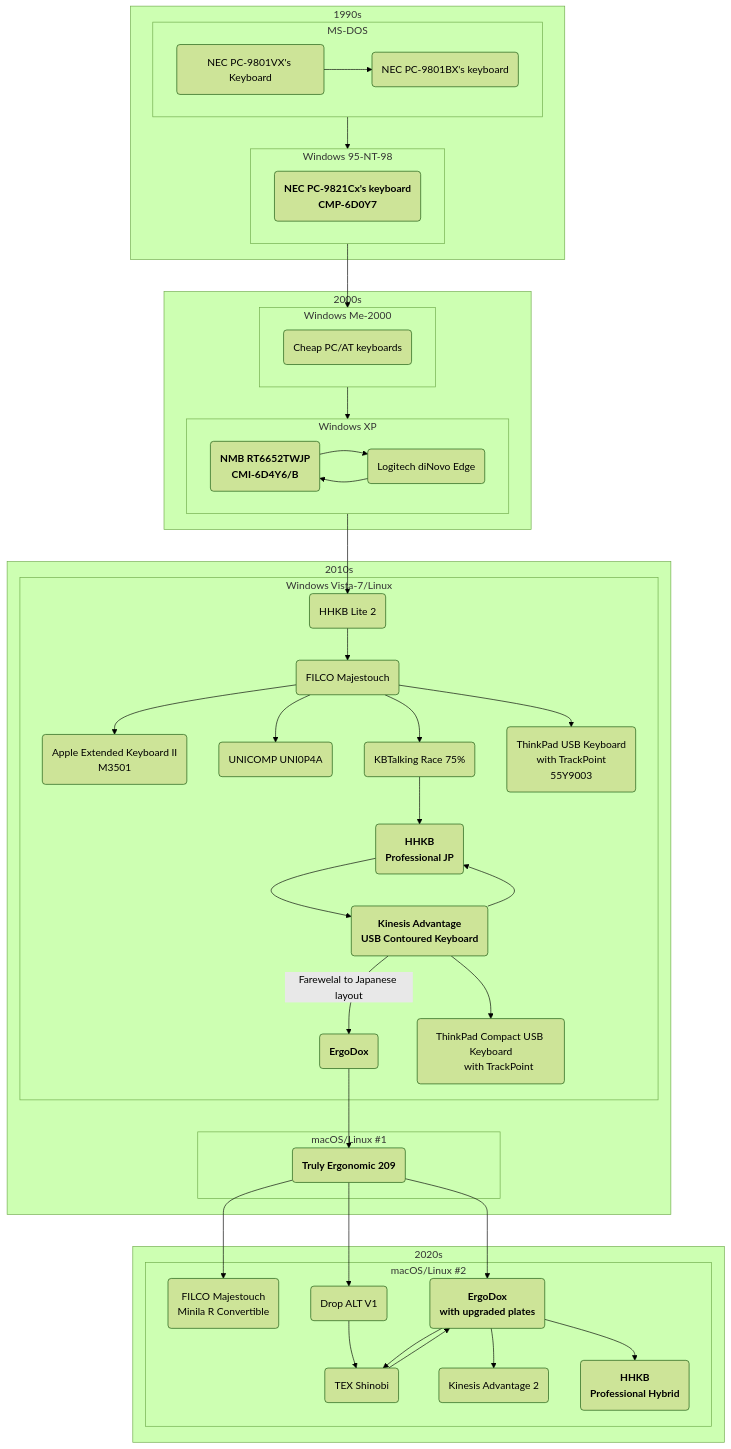
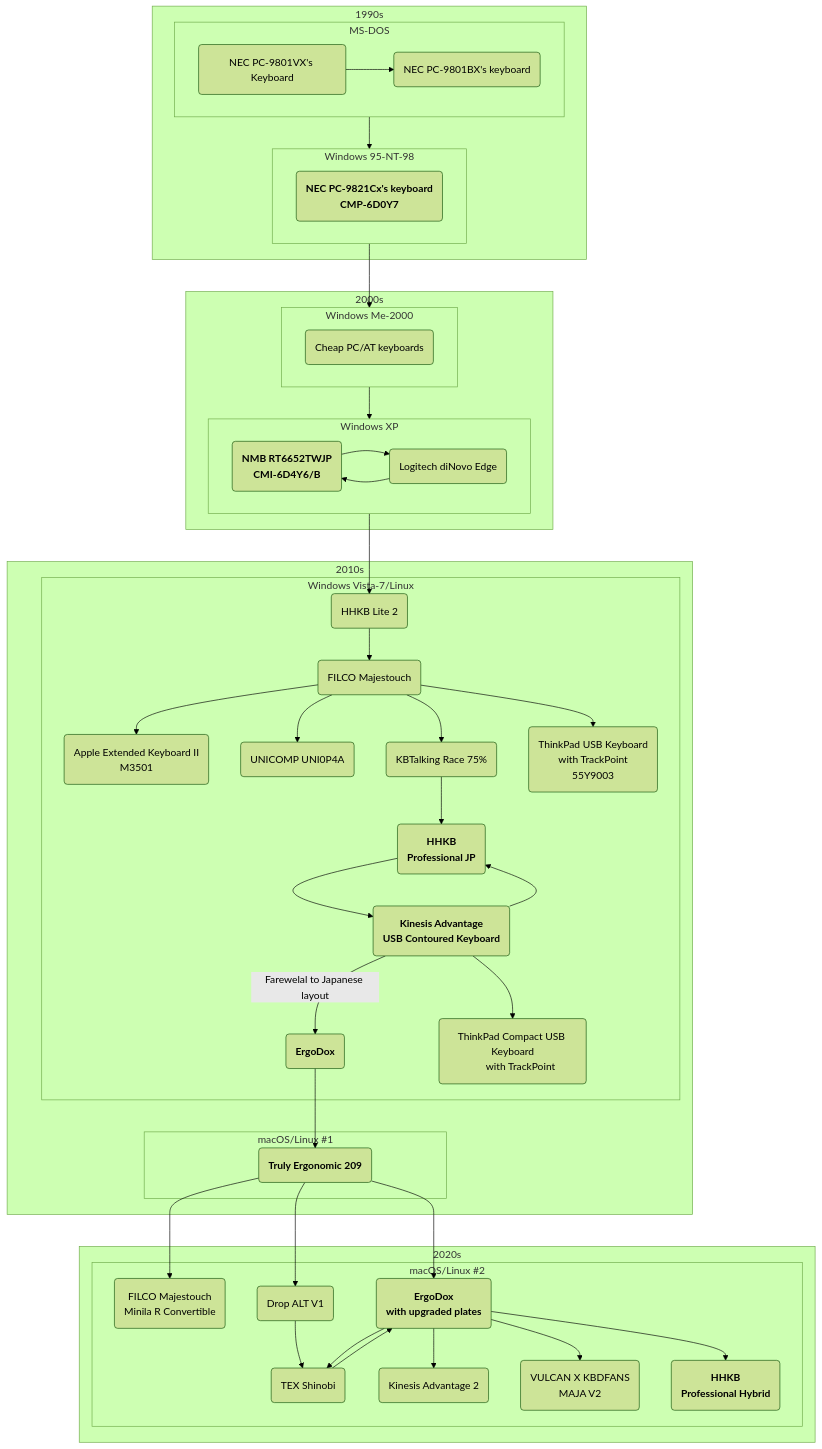
The diagram in hid.md (sumibi-yakitori/sumibi-yakitori), drawn with Mermaid (forest theme) before and after one commit.

````diff
--- a/hid.md
+++ b/hid.md
@@ -19,76 +19,78 @@
 ```mermaid
-flowchart TB;
+flowchart TB
   subgraph 1990s
     subgraph MS-DOS
       direction LR
 
-      pc9801vx(NEC PC-9801VX's Keyboard)-->pc9801bx(NEC PC-9801BX's keyboard);
+      pc9801vx(NEC PC-9801VX's Keyboard)-->pc9801bx(NEC PC-9801BX's keyboard)
     end
     
     subgraph Windows 95-NT-98
       direction LR
 
       pc9801bx-->pc9821cx13("`**NEC PC-9821Cx's keyboard
-      CMP-6D0Y7**`");
+      CMP-6D0Y7**`")
     end
   end
   
   subgraph 2000s
     subgraph Windows Me-2000
       direction LR
 
-      pc9821cx13-->pcat1(Cheap PC/AT keyboards);
+      pc9821cx13-->pcat1(Cheap PC/AT keyboards)
     end
     
     subgraph Windows XP
       direction LR
 
-      pcat1-->nmb;
+      pcat1-->nmb
       nmb("`**NMB RT6652TWJP
-      CMI-6D4Y6/B**`")-->Logitech(Logitech diNovo Edge)-->nmb;
+      CMI-6D4Y6/B**`")-->Logitech(Logitech diNovo Edge)-->nmb
     end
   end
   
   subgraph 2010s
     subgraph Windows Vista-7/Linux
-      nmb-->hhkb-lite(HHKB Lite 2);
-      hhkb-lite-->filco-m(FILCO Majestouch);
+      nmb-->hhkb-lite(HHKB Lite 2)
+      hhkb-lite-->filco-m(FILCO Majestouch)
       filco-m-->ae-kb("Apple Extended Keyboard II
-      M3501");
-      filco-m-->unicomp(UNICOMP UNI0P4A);
-      filco-m-->race(KBTalking Race 75%);
+      M3501")
+      filco-m-->unicomp(UNICOMP UNI0P4A)
+      filco-m-->race(KBTalking Race 75%)
       filco-m-->thinkpad1("ThinkPad USB Keyboard
       with TrackPoint
-      55Y9003");
+      55Y9003")
       race-->hhkb-pro-jp("`**HHKB
-      Professional JP**`");
+      Professional JP**`")
       hhkb-pro-jp-->kinesis-a("`**Kinesis Advantage
-      USB Contoured Keyboard**`");
-      kinesis-a-->hhkb-pro-jp;
-      kinesis-a-- "`Farewelal to Japanese layout`" -->ergodox1("`**ErgoDox**`");
+      USB Contoured Keyboard**`")
+      kinesis-a-->hhkb-pro-jp
+      kinesis-a-- "`Farewelal to Japanese layout`" -->ergodox1("`**ErgoDox**`")
       kinesis-a-->thinkpad2("ThinkPad Compact USB Keyboard
-      with TrackPoint");
+      with TrackPoint")
     end
 
     subgraph macOS/Linux #1
-      ergodox1-->teck("`**Truly Ergonomic 209**`");
+      ergodox1-->teck("`**Truly Ergonomic 209**`")
     end
   end
   
 
   subgraph 2020s
     subgraph macOS/Linux #2
       teck-->filco-minila-r("FILCO Majestouch
-      Minila R Convertible");
+      Minila R Convertible")
       teck-->ergodox2("`**ErgoDox
-      with upgraded plates**`");
-      teck-->drop-alt(Drop ALT V1);
-      drop-alt-->shinobi;
-      ergodox2-->shinobi(TEX Shinobi);
+      with upgraded plates**`")
+      teck-->drop-alt(Drop ALT V1)
+      drop-alt-->shinobi
+      ergodox2-->shinobi(TEX Shinobi)
       shinobi-->ergodox2
-      ergodox2-->kinesis-a2(Kinesis Advantage 2);
+      ergodox2-->kinesis-a2(Kinesis Advantage 2)
+      ergodox2-->maja("`VULCAN X KBDFANS
+      MAJA V2`")
       ergodox2-->hhkb-hybrid("`**HHKB
-      Professional Hybrid**`");
+      Professional Hybrid**`")
     end
   end
 ```
````
